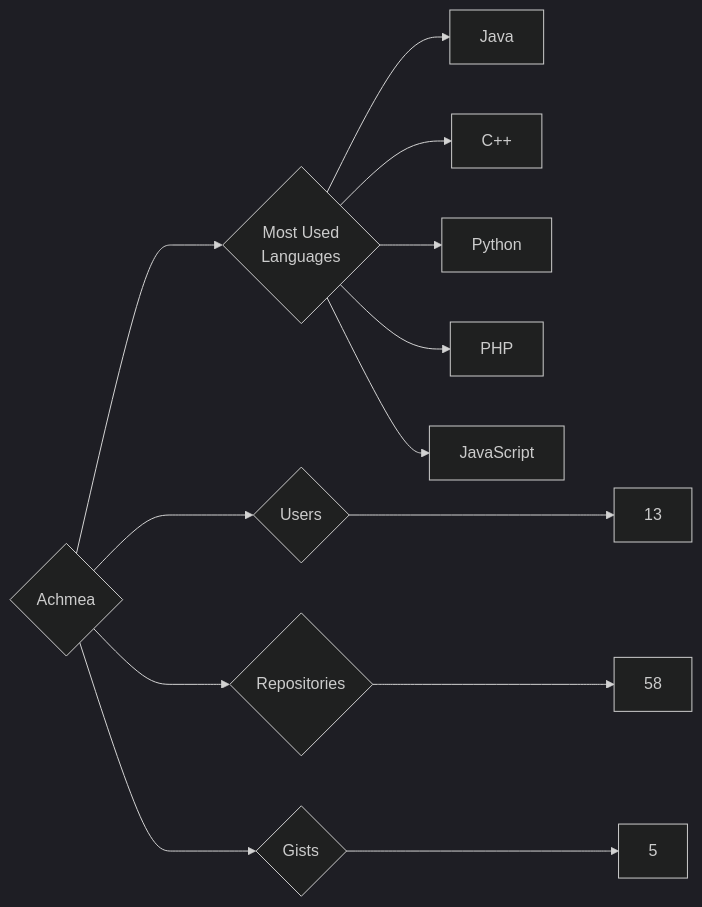
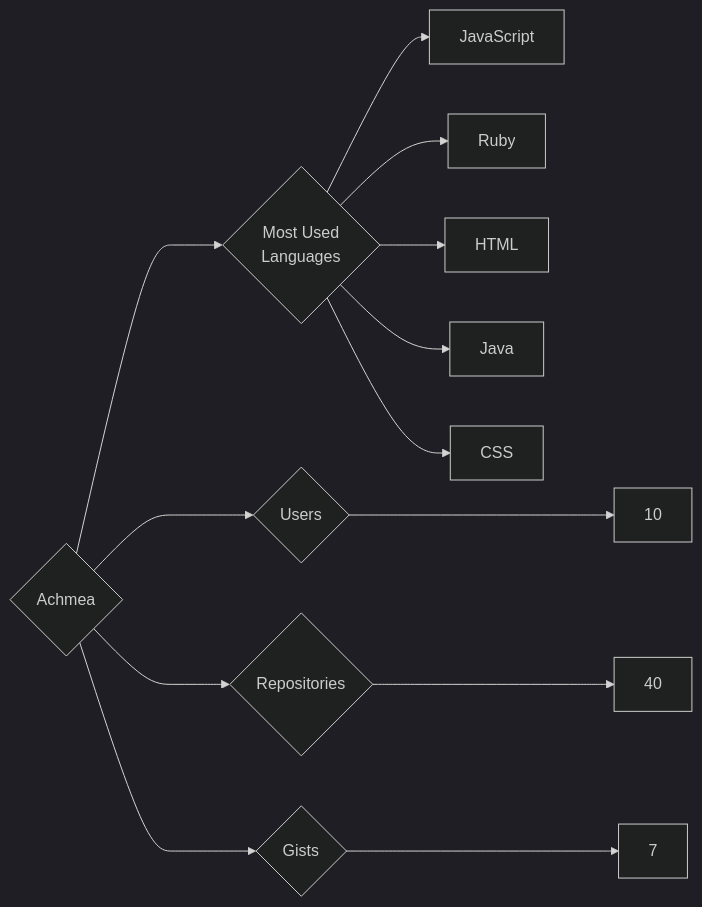
The diagram in targets/Achmea/README.md (trickest/insiders), drawn with Mermaid (dark theme) before and after one commit. The commit also changed 934 other files, not shown here.

````diff
--- a/targets/Achmea/README.md
+++ b/targets/Achmea/README.md
@@ -3,13 +3,13 @@
 ```mermaid
 graph LR
 COMPANY_NAME{Achmea}
-COMPANY_NAME ---> U{Users} ---> UN[13]
-COMPANY_NAME ---> R{Repositories} ---> RN[58]
-COMPANY_NAME ---> G{Gists} ---> GN[5]
+COMPANY_NAME ---> U{Users} ---> UN[10]
+COMPANY_NAME ---> R{Repositories} ---> RN[40]
+COMPANY_NAME ---> G{Gists} ---> GN[7]
 COMPANY_NAME ---> ML{Most Used<br>Languages}
+ML --> JavaScript[JavaScript]
+ML --> Ruby[Ruby]
+ML --> HTML[HTML]
 ML --> Java[Java]
-ML --> C++[C++]
-ML --> Python[Python]
-ML --> PHP[PHP]
-ML --> JavaScript[JavaScript]
+ML --> CSS[CSS]
 ```
````
